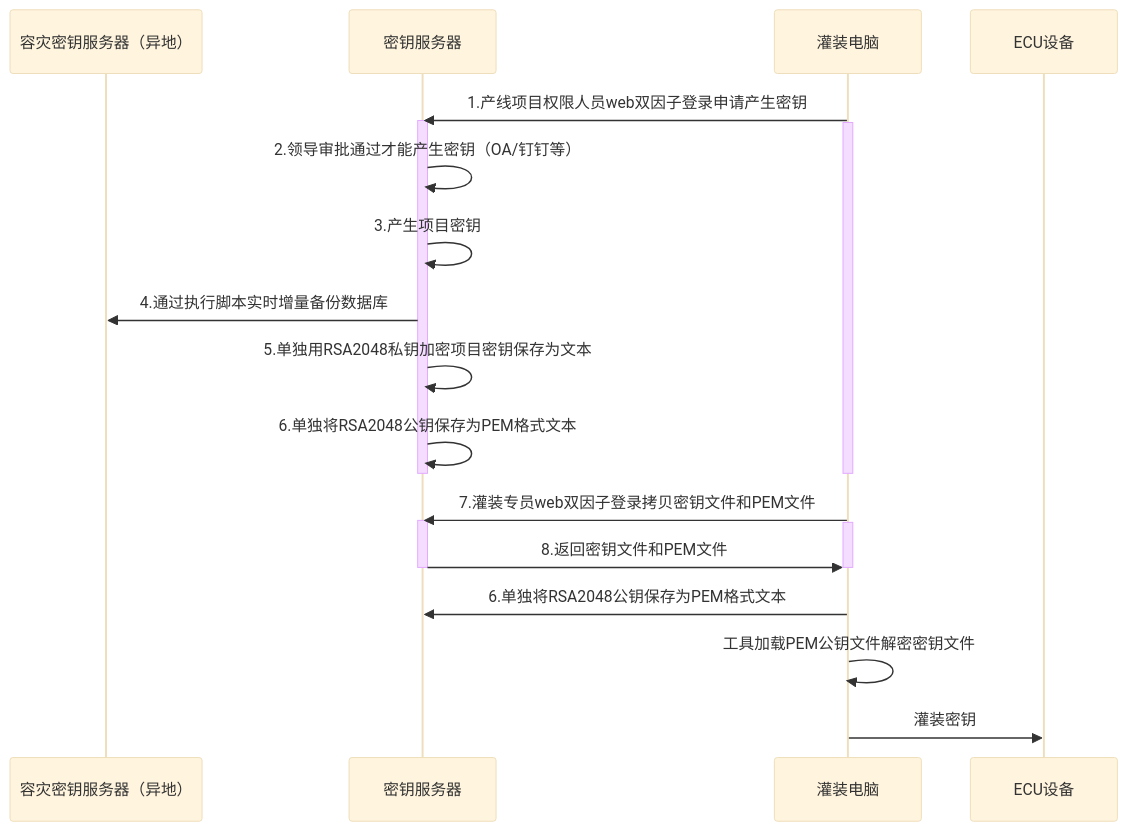
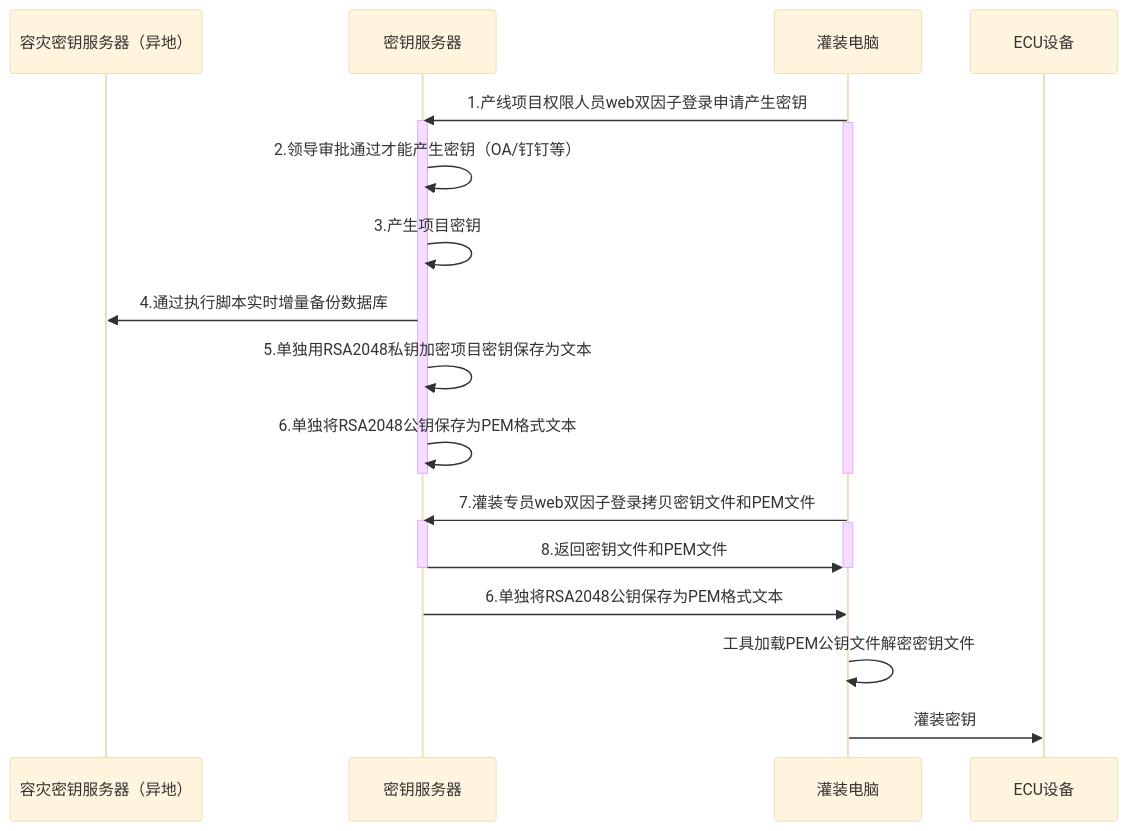
The diagram in all/未命名-15.md (facebook-cloud/iodraw-files), drawn with Mermaid (base theme) before and after one commit.

Commit message:
2026-02-11 19:53:08 update

````diff
--- a/all/未命名-15.md
+++ b/all/未命名-15.md
@@ -1,32 +1,32 @@
 ```mermaid
 sequenceDiagram
     participant A as 容灾密钥服务器（异地）
     participant B as 密钥服务器
     participant D as 灌装电脑
     participant E as ECU设备
 
     
     D->>B: 1.产线项目权限人员web双因子登录申请产生密钥
     activate B
     activate D
     B->>B: 2.领导审批通过才能产生密钥（OA/钉钉等）
     B->>B: 3.产生项目密钥
     B->>A: 4.通过执行脚本实时增量备份数据库
     B->>B: 5.单独用RSA2048私钥加密项目密钥保存为文本
     B->>B: 6.单独将RSA2048公钥保存为PEM格式文本
     deactivate B
     deactivate D
 
     
     D->>B: 7.灌装专员web双因子登录拷贝密钥文件和PEM文件
     activate B
     activate D
     B->>D: 8.返回密钥文件和PEM文件
     deactivate B
     deactivate D
-    D->>B: 6.单独将RSA2048公钥保存为PEM格式文本
+    B->>D: 6.单独将RSA2048公钥保存为PEM格式文本
 
     D->>D:工具加载PEM公钥文件解密密钥文件
     
     D->>E: 灌装密钥
 ```
````
